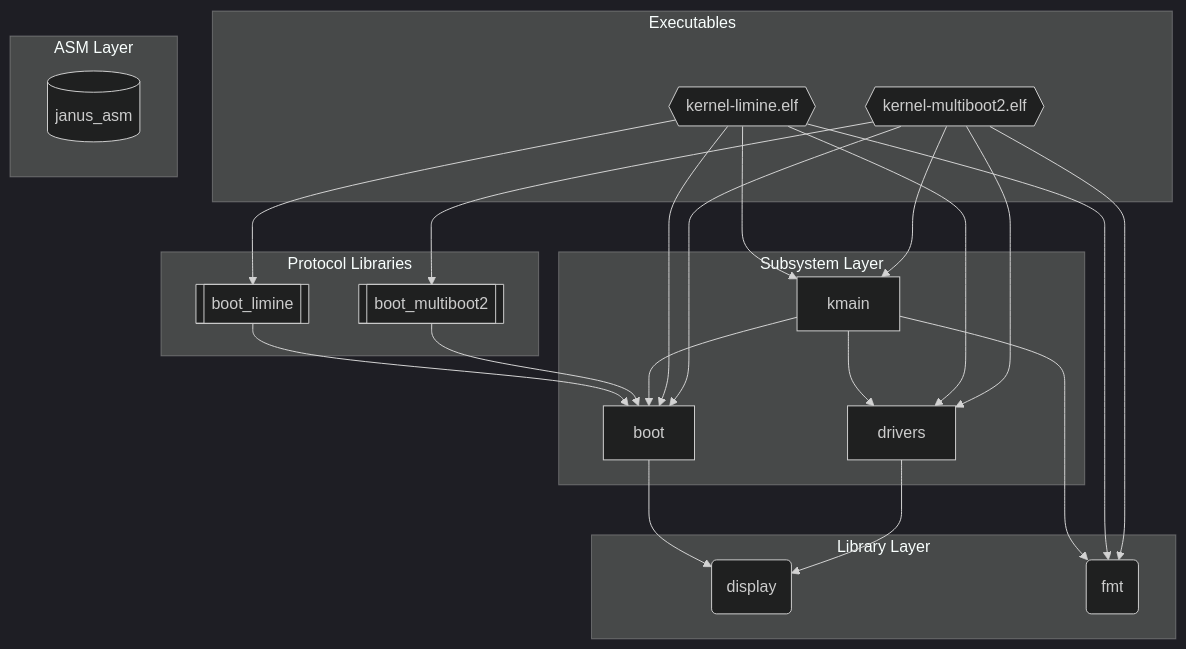
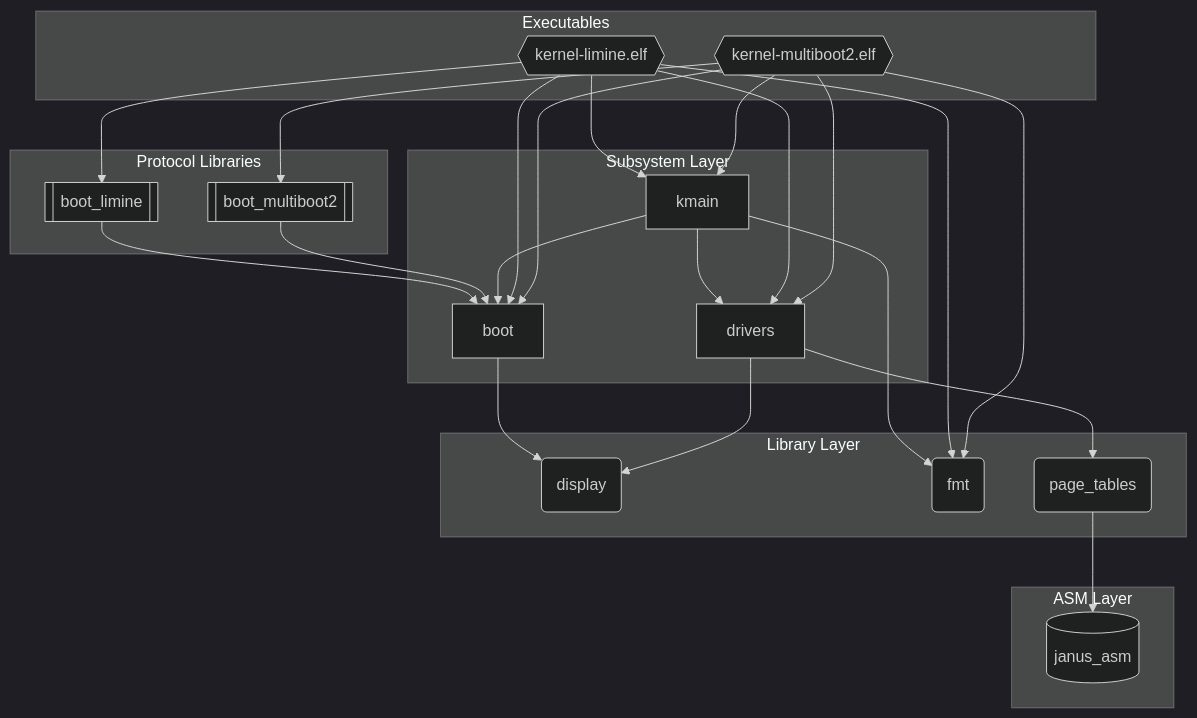
Before and after one commit to FrederikTobner/JANUS: the diagram in docs/src/generated/deps-x86_64.md, drawn with Mermaid (dark theme). The commit also changed 10 other files, not shown here.

````diff
--- a/docs/src/generated/deps-x86_64.md
+++ b/docs/src/generated/deps-x86_64.md
@@ -3,40 +3,43 @@
 ```mermaid
 graph TD
   subgraph lib_layer["Library Layer"]
     display("display")
     fmt("fmt")
+    page_tables("page_tables")
   end
   subgraph subsys_layer["Subsystem Layer"]
     boot["boot"]
     drivers["drivers"]
     kmain["kmain"]
   end
   subgraph proto_layer["Protocol Libraries"]
     boot_limine[["boot_limine"]]
     boot_multiboot2[["boot_multiboot2"]]
   end
   subgraph exec_layer["Executables"]
     kernel_limine_elf{{"kernel-limine.elf"}}
     kernel_multiboot2_elf{{"kernel-multiboot2.elf"}}
   end
   subgraph asm_layer["ASM Layer"]
     janus_asm[("janus_asm")]
   end
+  page_tables --> janus_asm
   boot --> display
   boot_limine --> boot
   boot_multiboot2 --> boot
   drivers --> display
+  drivers --> page_tables
   kmain --> drivers
   kmain --> boot
   kmain --> fmt
   kernel_limine_elf --> drivers
   kernel_limine_elf --> boot
   kernel_limine_elf --> fmt
   kernel_limine_elf --> boot_limine
   kernel_limine_elf --> kmain
   kernel_multiboot2_elf --> drivers
   kernel_multiboot2_elf --> boot
   kernel_multiboot2_elf --> fmt
   kernel_multiboot2_elf --> boot_multiboot2
   kernel_multiboot2_elf --> kmain
 ```
````
